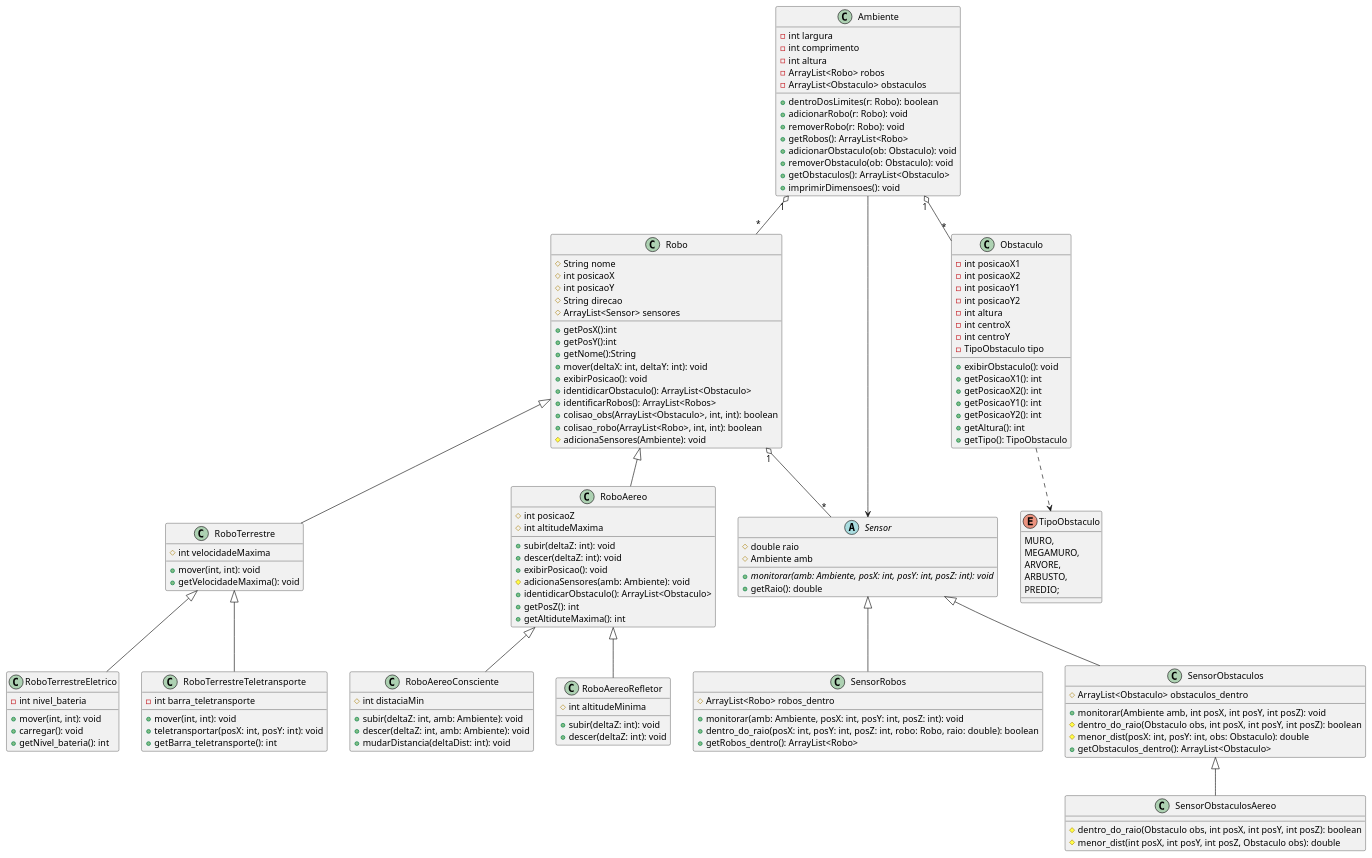
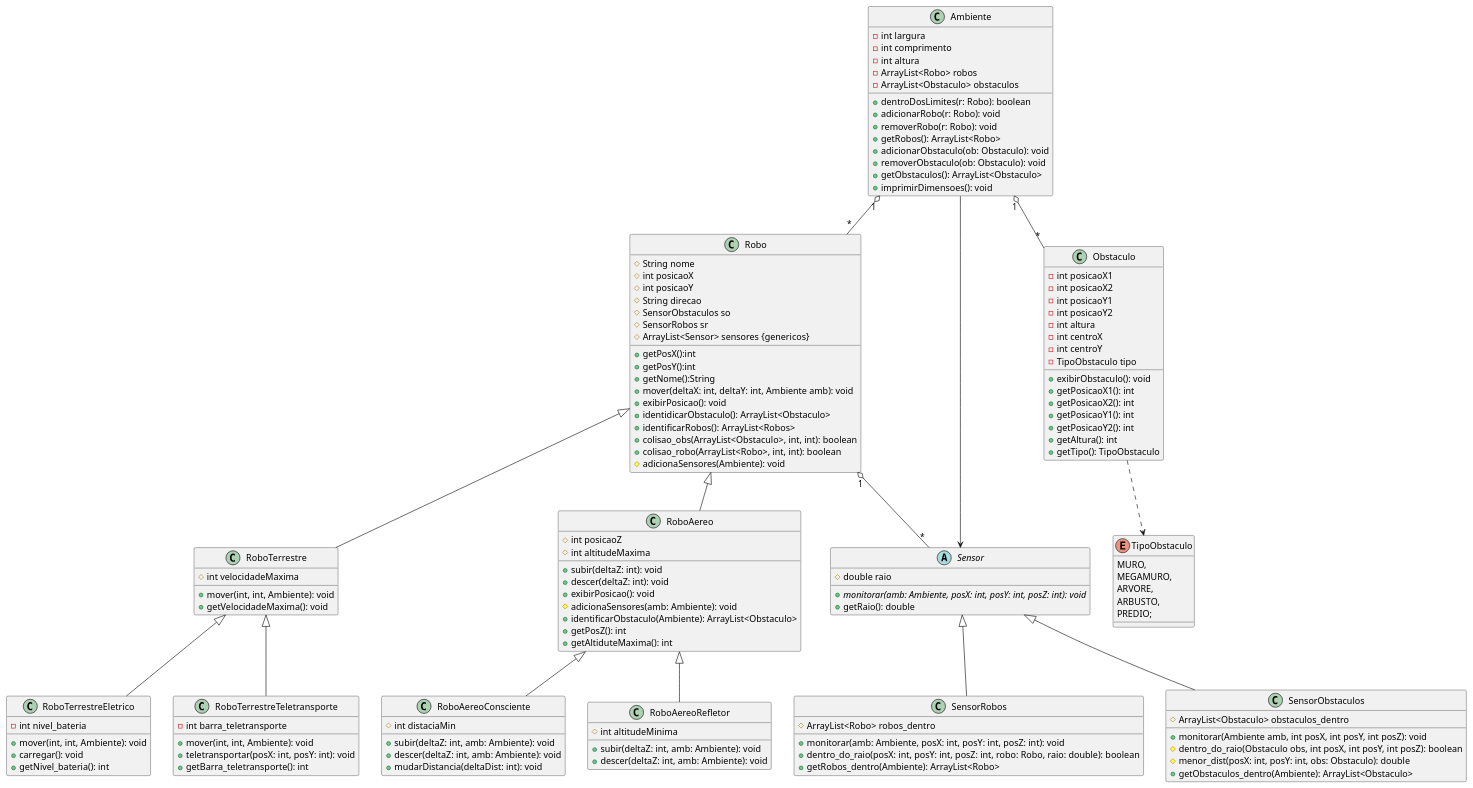
The diagram in teste.puml (MSCII7/MC322), drawn with PlantUML before and after one commit. The commit also changed 14 other files, not shown here.

```diff
--- a/teste.puml
+++ b/teste.puml
@@ -1,136 +1,132 @@
 @startuml
 class Robo {
   #String nome
   #int posicaoX
   #int posicaoY
   #String direcao
-  #ArrayList<Sensor> sensores
+  #SensorObstaculos so 
+  #SensorRobos sr
+  #ArrayList<Sensor> sensores {genericos}
   +getPosX():int
   +getPosY():int
   +getNome():String
-  +mover(deltaX: int, deltaY: int): void
+  +mover(deltaX: int, deltaY: int, Ambiente amb): void
   +exibirPosicao(): void
   +identidicarObstaculo(): ArrayList<Obstaculo>  
   +identificarRobos(): ArrayList<Robos>
   +colisao_obs(ArrayList<Obstaculo>, int, int): boolean
   +colisao_robo(ArrayList<Robo>, int, int): boolean
   #adicionaSensores(Ambiente): void
 
 }
 class RoboTerrestre {
     #int velocidadeMaxima
-    +mover(int, int): void
+    +mover(int, int, Ambiente): void
     +getVelocidadeMaxima(): void
 }
 class RoboTerrestreEletrico {
     -int nivel_bateria
-    +mover(int, int): void
+    +mover(int, int, Ambiente): void
     +carregar(): void
     +getNivel_bateria(): int
 }
 class RoboTerrestreTeletransporte {
     -int barra_teletransporte
-    +mover(int, int): void
+    +mover(int, int, Ambiente): void
     +teletransportar(posX: int, posY: int): void
     +getBarra_teletransporte(): int
 }
 class RoboAereo {
     #int posicaoZ
     #int altitudeMaxima
     +subir(deltaZ: int): void
     +descer(deltaZ: int): void
     +exibirPosicao(): void
     #adicionaSensores(amb: Ambiente): void
-    +identidicarObstaculo(): ArrayList<Obstaculo>
+    +identificarObstaculo(Ambiente): ArrayList<Obstaculo>
     +getPosZ(): int
     +getAltiduteMaxima(): int
 }
 class RoboAereoConsciente {
     #int distaciaMin
     +subir(deltaZ: int, amb: Ambiente): void
     +descer(deltaZ: int, amb: Ambiente): void
     +mudarDistancia(deltaDist: int): void
 }
 class RoboAereoRefletor {
     #int altitudeMinima
-    +subir(deltaZ: int): void
-    +descer(deltaZ: int): void
+    +subir(deltaZ: int, amb: Ambiente): void
+    +descer(deltaZ: int, amb: Ambiente): void
 }
 abstract class Sensor {
     #double raio
-    #Ambiente amb
     +{abstract} monitorar(amb: Ambiente, posX: int, posY: int, posZ: int): void
     +getRaio(): double
 }
 class SensorRobos {
     #ArrayList<Robo> robos_dentro
     +monitorar(amb: Ambiente, posX: int, posY: int, posZ: int): void
     +dentro_do_raio(posX: int, posY: int, posZ: int, robo: Robo, raio: double): boolean
-    +getRobos_dentro(): ArrayList<Robo>
+    +getRobos_dentro(Ambiente): ArrayList<Robo>
 }
 class SensorObstaculos {
     #ArrayList<Obstaculo> obstaculos_dentro
     +monitorar(Ambiente amb, int posX, int posY, int posZ): void
     #dentro_do_raio(Obstaculo obs, int posX, int posY, int posZ): boolean
     #menor_dist(posX: int, posY: int, obs: Obstaculo): double
-    +getObstaculos_dentro(): ArrayList<Obstaculo>
-}
-class SensorObstaculosAereo {
-    #dentro_do_raio(Obstaculo obs, int posX, int posY, int posZ): boolean
-    #menor_dist(int posX, int posY, int posZ, Obstaculo obs): double
+    +getObstaculos_dentro(Ambiente): ArrayList<Obstaculo>
 }
 class Ambiente {
    -int largura
    -int comprimento
    -int altura
    -ArrayList<Robo> robos
    -ArrayList<Obstaculo> obstaculos
    +dentroDosLimites(r: Robo): boolean 
    +adicionarRobo(r: Robo): void
    +removerRobo(r: Robo): void
    +getRobos(): ArrayList<Robo>
    +adicionarObstaculo(ob: Obstaculo): void
    +removerObstaculo(ob: Obstaculo): void
    +getObstaculos(): ArrayList<Obstaculo>
    +imprimirDimensoes(): void
 }
 class Obstaculo {
     -int posicaoX1
     -int posicaoX2
     -int posicaoY1
     -int posicaoY2
     -int altura
     -int centroX
     -int centroY 
     -TipoObstaculo tipo
     +exibirObstaculo(): void
     +getPosicaoX1(): int
     +getPosicaoX2(): int
     +getPosicaoY1(): int
     +getPosicaoY2(): int
     +getAltura(): int
     +getTipo(): TipoObstaculo
 }
 enum TipoObstaculo {
     MURO,
     MEGAMURO,
     ARVORE,
     ARBUSTO,
     PREDIO;
 }
 
-SensorObstaculos <|-- SensorObstaculosAereo
 Sensor <|-- SensorObstaculos
 Sensor <|-- SensorRobos
 Ambiente --> Sensor
 Ambiente "1" o-- "*" Robo
 Ambiente "1" o-- "*" Obstaculo
 Robo "1" o-- "*" Sensor
 RoboAereo <|-- RoboAereoRefletor
 RoboAereo <|-- RoboAereoConsciente
 RoboTerrestre <|-- RoboTerrestreTeletransporte
 RoboTerrestre <|-- RoboTerrestreEletrico
 Robo <|-- RoboAereo
 Robo <|-- RoboTerrestre
 Obstaculo ..> TipoObstaculo
 @enduml
```
